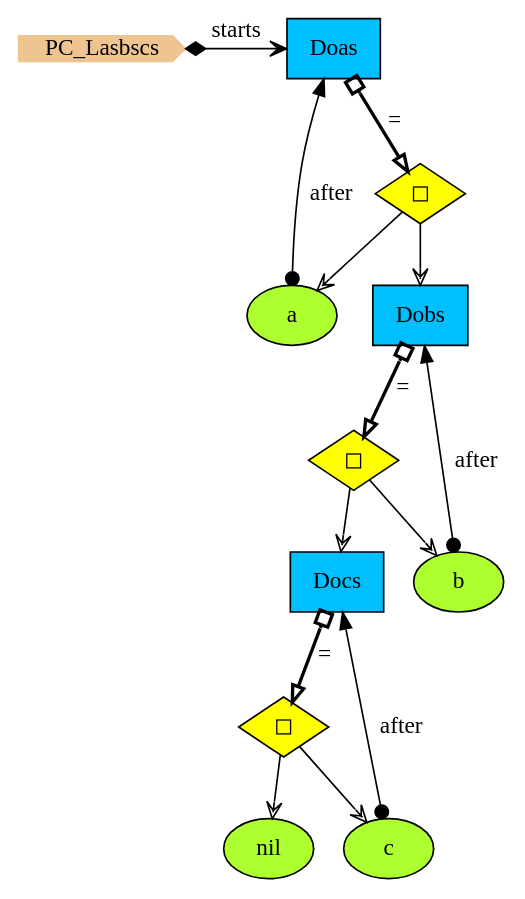
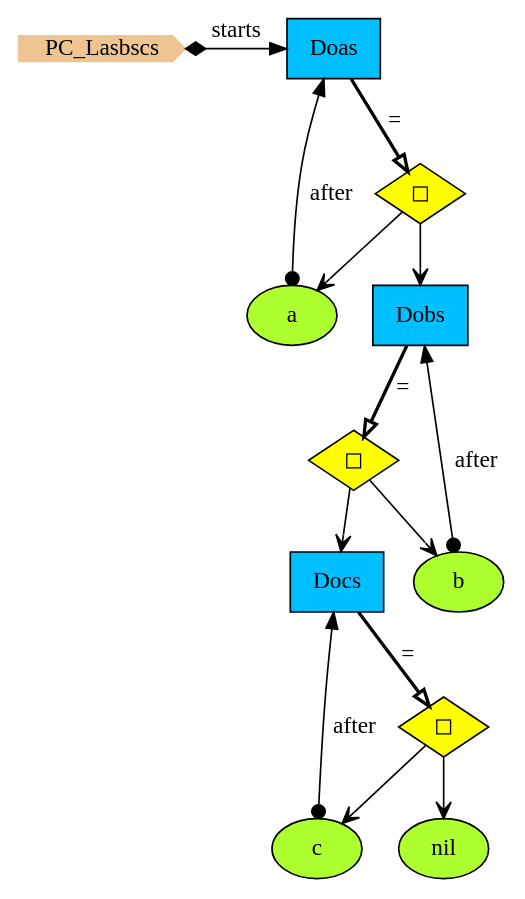
One commit to namalio/Fragmenta changed the diagram in Haskell/PCs/Examples/img/PC_Lasbscs.gv. Above: the diagram before and after it, drawn with Graphviz. The commit also changed 157 other files, not shown here.

```diff
--- a/Haskell/PCs/Examples/img/PC_Lasbscs.gv
+++ b/Haskell/PCs/Examples/img/PC_Lasbscs.gv
@@ -1,29 +1,29 @@
 digraph {
 StartN_ [shape = cds,color=burlywood2,style=filled,height=.2,width=.2, label =PC_Lasbscs];
+a [shape=ellipse,fillcolor=greenyellow,style = filled,label="a"];
+c [shape=ellipse,fillcolor=greenyellow,style = filled,label="c"];
+OpDoas [shape=diamond,fillcolor=yellow,style = filled,label="◻︎"];
+OpDocs [shape=diamond,fillcolor=yellow,style = filled,label="◻︎"];
 Docs [shape=box,fillcolor=deepskyblue,style = filled,label="Docs "];
 Dobs [shape=box,fillcolor=deepskyblue,style = filled,label="Dobs "];
-OpDocs [shape=diamond,fillcolor=yellow,style = filled,label="◻︎"];
 OpDobs [shape=diamond,fillcolor=yellow,style = filled,label="◻︎"];
-OpDoas [shape=diamond,fillcolor=yellow,style = filled,label="◻︎"];
 nil [shape=ellipse,fillcolor=greenyellow,style = filled,label="nil"];
-c [shape=ellipse,fillcolor=greenyellow,style = filled,label="c"];
 b [shape=ellipse,fillcolor=greenyellow,style = filled,label="b"];
-a [shape=ellipse,fillcolor=greenyellow,style = filled,label="a"];
 Doas [shape=box,fillcolor=deepskyblue,style = filled,label="Doas "];
 
-{rank=min;StartN_,Doas}
+{rank=same;Doas,StartN_}
 
-OpDocs->nil[arrowhead="vee",fillcolor=white];
-OpDocs->c[arrowhead="vee",fillcolor=white];
-OpDobs->Docs[arrowhead="vee",fillcolor=white];
-OpDobs->b[arrowhead="vee",fillcolor=white];
+OpDocs->nil[arrowhead="open"];
+OpDobs->Docs[arrowhead="open"];
 c->Docs[arrowtail=dot,dir=both,label="after"];
+a->Doas[arrowtail=dot,dir=both,label="after"];
+OpDoas->a[arrowhead="open"];
+Docs->OpDocs[arrowhead="onormal",penwidth=2,label="="];
+Dobs->OpDobs[arrowhead="onormal",penwidth=2,label="="];
+Doas->OpDoas[arrowhead="onormal",penwidth=2,label="="];
+StartN_->Doas[arrowtail=diamond,dir=both,label="starts"];
+OpDoas->Dobs[arrowhead="open"];
 b->Dobs[arrowtail=dot,dir=both,label="after"];
-a->Doas[arrowtail=dot,dir=both,label="after"];
-OpDoas->Dobs[arrowhead="vee",fillcolor=white];
-OpDoas->a[arrowhead="vee",fillcolor=white];
-StartN_->Doas[arrowhead="open",arrowtail=diamond,dir=both,label="starts"];
-Docs->OpDocs[arrowhead="onormal",dir=both,arrowtail=obox,penwidth=2,label="="];
-Dobs->OpDobs[arrowhead="onormal",dir=both,arrowtail=obox,penwidth=2,label="="];
-Doas->OpDoas[arrowhead="onormal",dir=both,arrowtail=obox,penwidth=2,label="="];
+OpDobs->b[arrowhead="open"];
+OpDocs->c[arrowhead="open"];
 }
```
